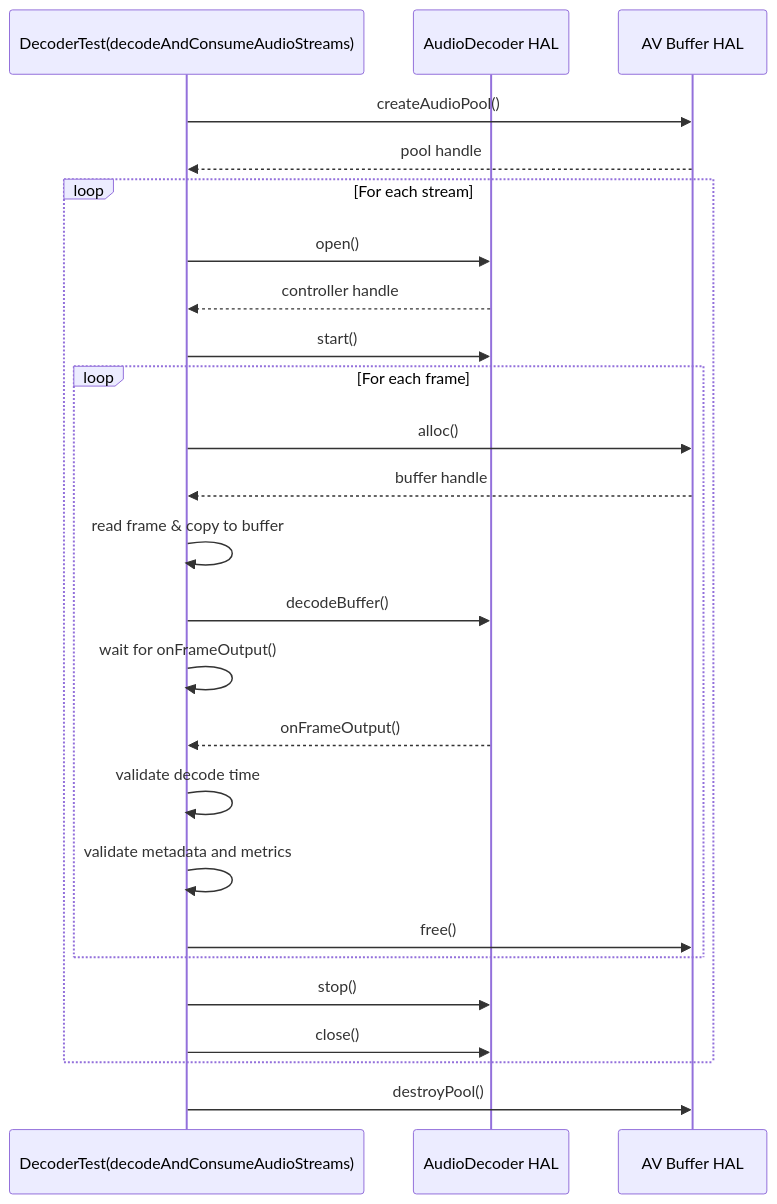
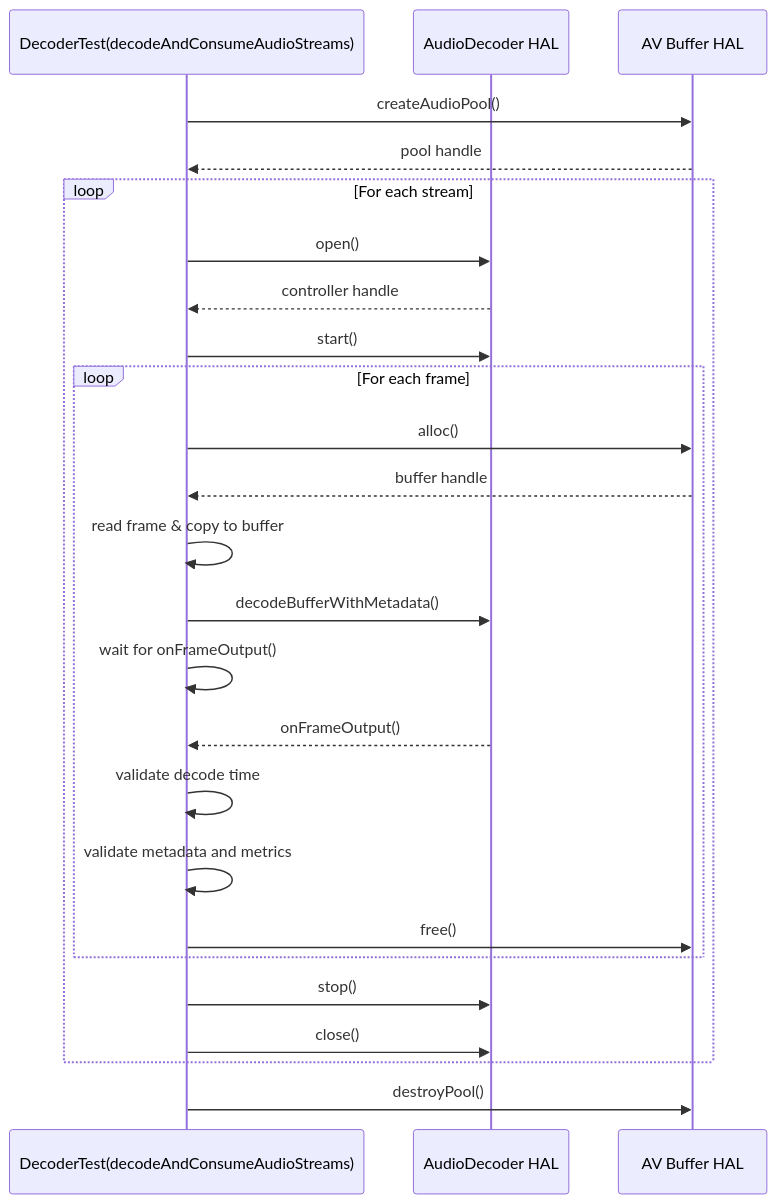
Before and after one commit to davidkoo-brcm/rdk-halif-aidl-test-audiodecoder: the sixth of 8 diagrams in docs/pages/audioDecoder_L3_Low-Level_TestSpecification.md, drawn with Mermaid. The commit also changed other lines of this file and 1 other file, not shown here.

````diff
--- a/docs/pages/audioDecoder_L3_Low-Level_TestSpecification.md
+++ b/docs/pages/audioDecoder_L3_Low-Level_TestSpecification.md
@@ -320,28 +320,28 @@
 ```mermaid
 sequenceDiagram
   participant rundecoder as DecoderTest(decodeAndConsumeAudioStreams)
   participant AudioDecoder HAL
   participant AV Buffer HAL
 
   rundecoder->>AV Buffer HAL: createAudioPool()
   AV Buffer HAL-->>rundecoder: pool handle
   loop For each stream
     rundecoder->>AudioDecoder HAL: open()
     AudioDecoder HAL-->>rundecoder: controller handle
     rundecoder->>AudioDecoder HAL: start()
     loop For each frame
       rundecoder->>AV Buffer HAL: alloc()
       AV Buffer HAL-->>rundecoder: buffer handle
       rundecoder->>rundecoder: read frame & copy to buffer
-      rundecoder->>AudioDecoder HAL: decodeBuffer()
+      rundecoder->>AudioDecoder HAL: decodeBufferWithMetadata()
       rundecoder->>rundecoder: wait for onFrameOutput()
       AudioDecoder HAL-->>rundecoder: onFrameOutput()
       rundecoder->>rundecoder: validate decode time
       rundecoder->>rundecoder: validate metadata and metrics
       rundecoder->>AV Buffer HAL: free()
     end
     rundecoder->>AudioDecoder HAL: stop()
     rundecoder->>AudioDecoder HAL: close()
   end
   rundecoder->>AV Buffer HAL: destroyPool()
 ```
````
